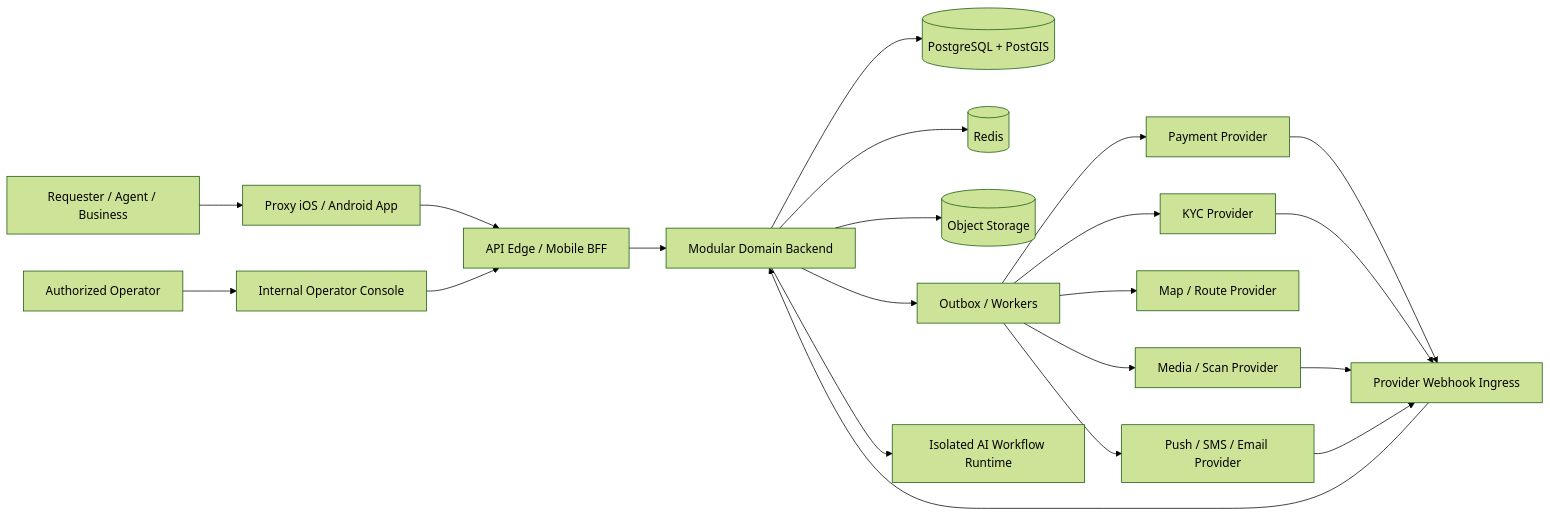
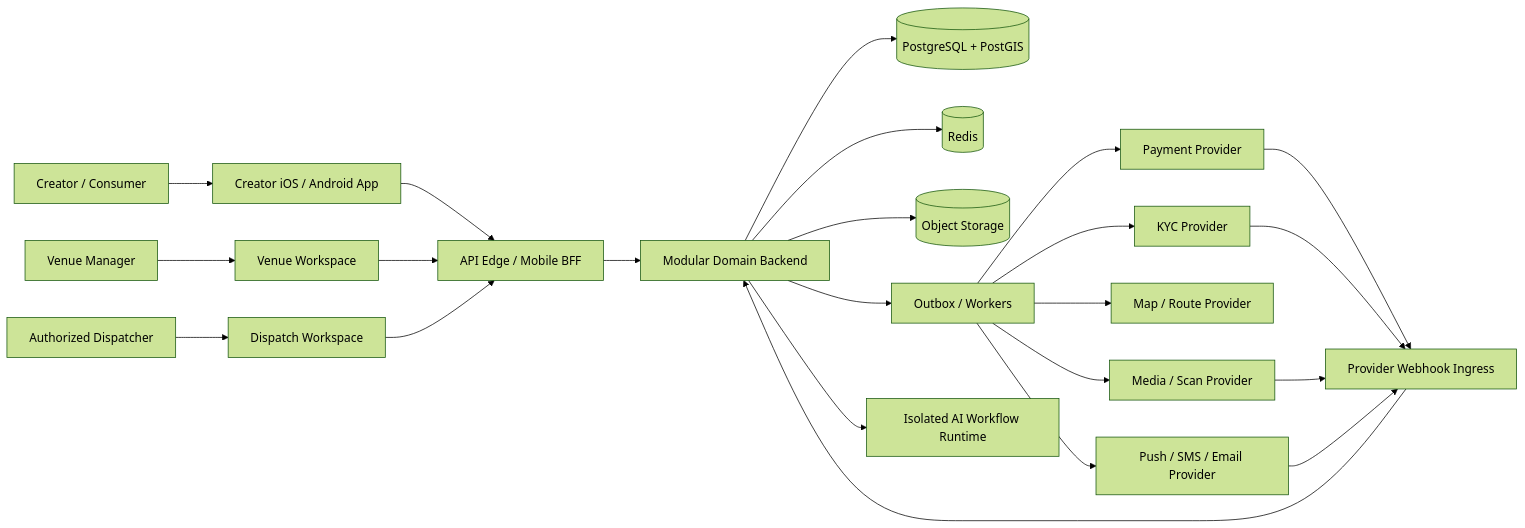
One commit to ericaxiaweilin/proxy changed the first of 6 diagrams in architecture/Proxy_System_Architecture_v1.md. Above: the diagram before and after it, drawn with Mermaid (forest theme). The commit also changed other lines of this file, not shown here.

Commit message:
docs align platform architecture with orchestration web

````diff
--- a/architecture/Proxy_System_Architecture_v1.md
+++ b/architecture/Proxy_System_Architecture_v1.md
@@ -109,26 +111,28 @@
 ```mermaid
 flowchart LR
-    U["Requester / Agent / Business"] --> APP["Proxy iOS / Android App"]
-    O["Authorized Operator"] --> CONSOLE["Internal Operator Console"]
+    C["Creator / Consumer"] --> APP["Creator iOS / Android App"]
+    V["Venue Manager"] --> VENUE["Venue Workspace"]
+    O["Authorized Dispatcher"] --> DISPATCH["Dispatch Workspace"]
 
     APP --> EDGE["API Edge / Mobile BFF"]
-    CONSOLE --> EDGE
+    VENUE --> EDGE
+    DISPATCH --> EDGE
     EDGE --> CORE["Modular Domain Backend"]
     CORE --> DB[("PostgreSQL + PostGIS")]
     CORE --> REDIS[("Redis")]
     CORE --> OBJ[("Object Storage")]
     CORE --> OUTBOX["Outbox / Workers"]
     CORE --> AI["Isolated AI Workflow Runtime"]
 
     OUTBOX --> PAY["Payment Provider"]
     OUTBOX --> KYC["KYC Provider"]
     OUTBOX --> GEO["Map / Route Provider"]
     OUTBOX --> MEDIA["Media / Scan Provider"]
     OUTBOX --> NOTIFY["Push / SMS / Email Provider"]
 
     PAY --> WEBHOOK["Provider Webhook Ingress"]
     KYC --> WEBHOOK
     MEDIA --> WEBHOOK
     NOTIFY --> WEBHOOK
     WEBHOOK --> CORE
 ```
````
